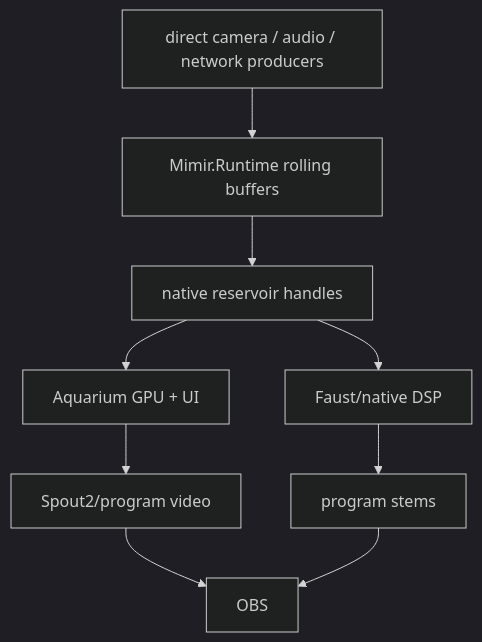
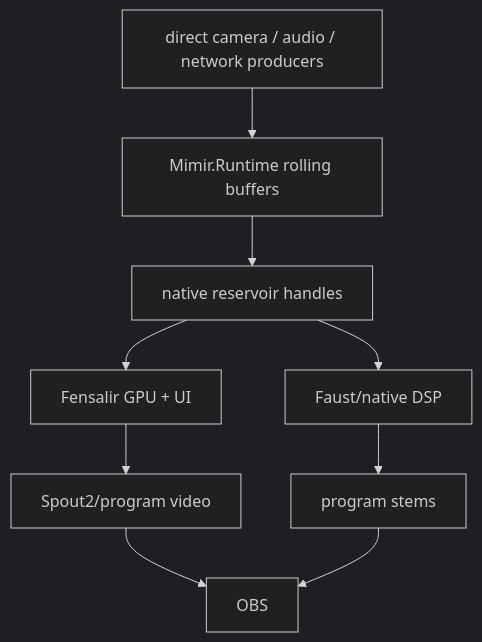
Before and after one commit to GameCult/Mimir: the diagram in docs/perfect-machine.md, drawn with Mermaid (dark theme). The commit also changed other lines of this file and 16 other files, not shown here.

````diff
--- a/docs/perfect-machine.md
+++ b/docs/perfect-machine.md
@@ -16,11 +16,11 @@
 ```mermaid
 flowchart TD
     A["direct camera / audio / network producers"] --> B["Mimir.Runtime rolling buffers"]
     B --> C["native reservoir handles"]
-    C --> D["Aquarium GPU + UI"]
+    C --> D["Fensalir GPU + UI"]
     C --> E["Faust/native DSP"]
     D --> F["Spout2/program video"]
     E --> G["program stems"]
     F --> H["OBS"]
     G --> H
 ```
````
